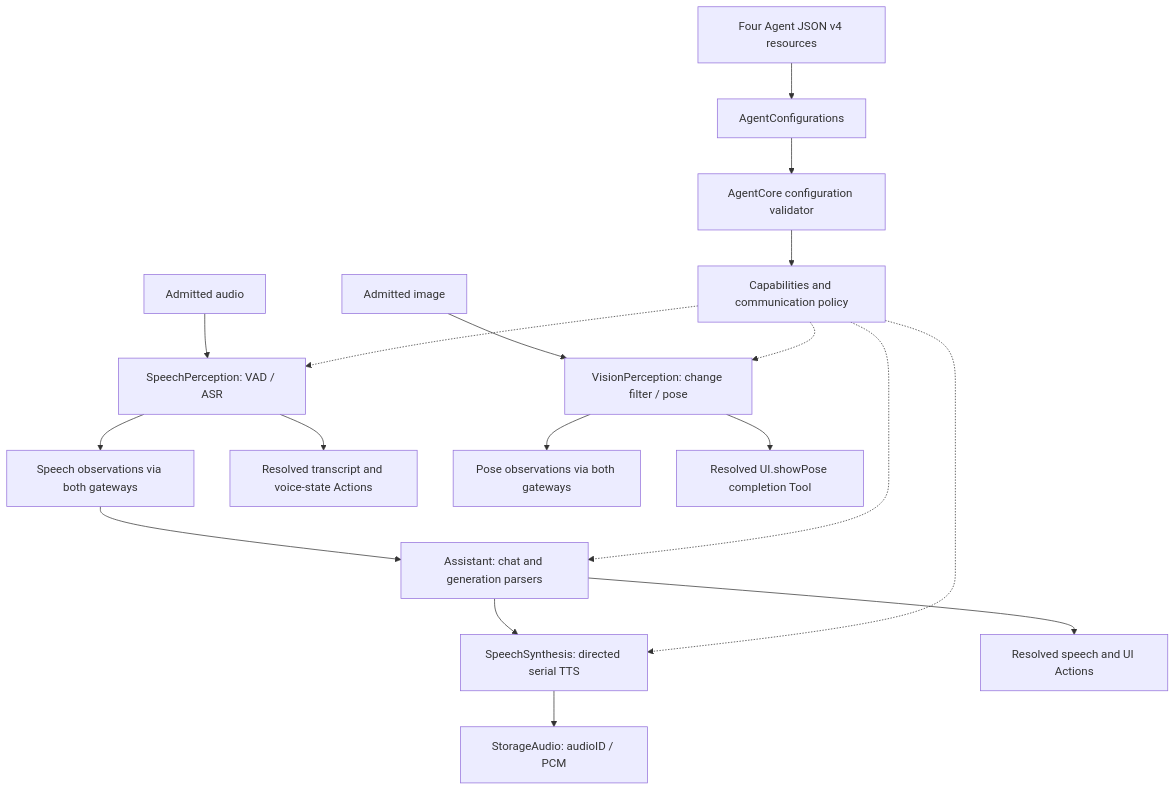
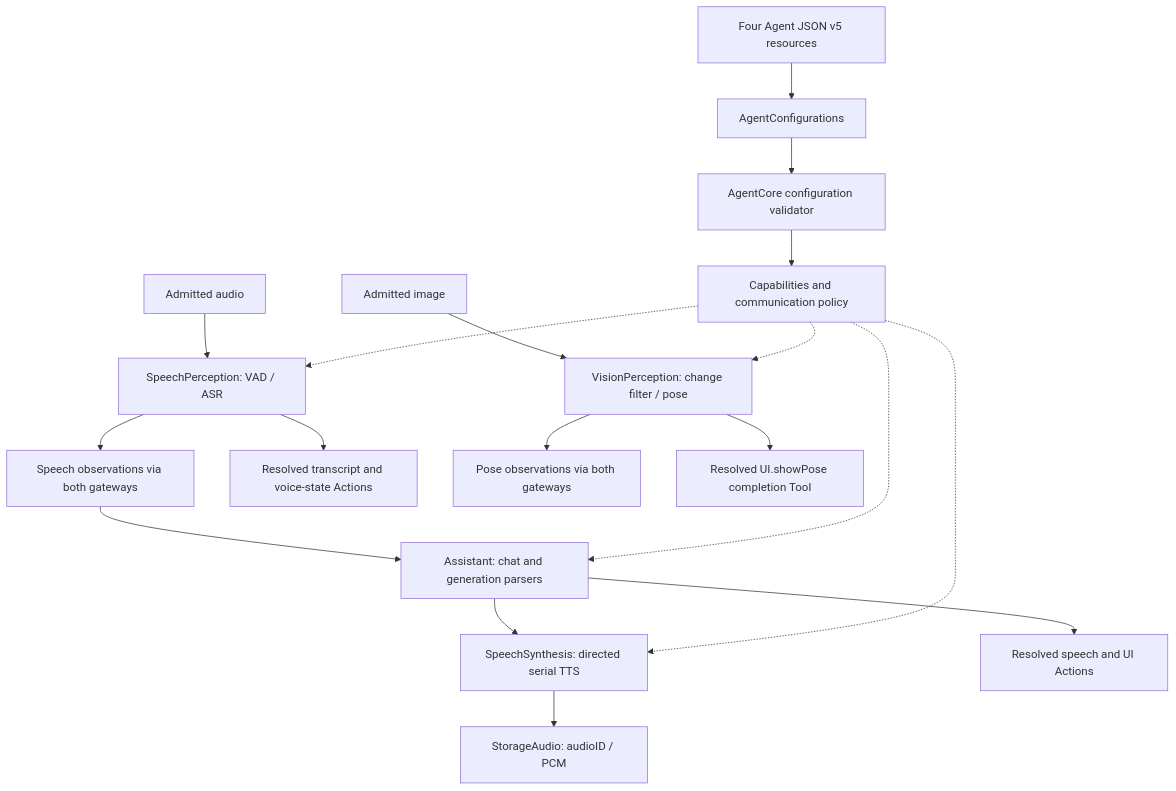
Before and after one commit to devilyouwei/MobileHarness: the second of 3 diagrams in MobileHarness/Agents/README.md, drawn with Mermaid. The commit also changed other lines of this file and 97 other files, not shown here.

````diff
--- a/MobileHarness/Agents/README.md
+++ b/MobileHarness/Agents/README.md
@@ -36,20 +36,20 @@
 ```mermaid
 flowchart TD
-    JSON[Four Agent JSON v4 resources] --> Loader[AgentConfigurations]
+    JSON[Four Agent JSON v5 resources] --> Loader[AgentConfigurations]
     Loader --> Config[AgentCore configuration validator]
     Config --> Permissions[Capabilities and communication policy]
     PCM[Admitted audio] --> Speech[SpeechPerception: VAD / ASR]
     Speech --> Events[Speech observations via both gateways]
     Events --> Assistant[Assistant: chat and generation parsers]
     Assistant --> Synth[SpeechSynthesis: directed serial TTS]
     Synth --> Cache[StorageAudio: audioID / PCM]
     Assistant --> Calls[Resolved speech and UI Actions]
     Speech --> Captions[Resolved transcript and voice-state Actions]
     Frames[Admitted image] --> Vision[VisionPerception: change filter / pose]
     Vision --> Pose[Pose observations via both gateways]
     Vision --> Overlay[Resolved UI.showPose completion Tool]
     Permissions -.-> Speech
     Permissions -.-> Assistant
     Permissions -.-> Synth
     Permissions -.-> Vision
 ```
````
